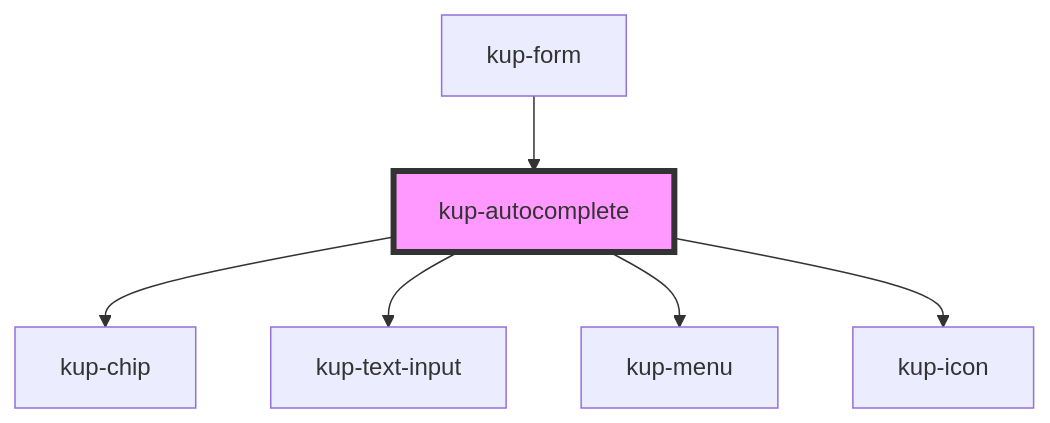
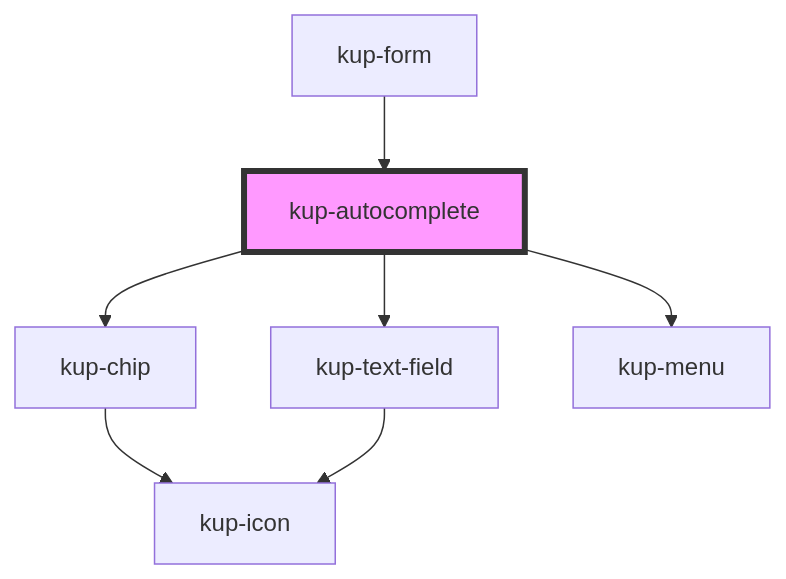
One commit to smeup/ketchup changed the diagram in packages/ketchup/src/components/kup-autocomplete/readme.md. Above: the diagram before and after it, drawn with Mermaid. The commit also changed other lines of this file and 60 other files, not shown here.

Commit message:
wup icon > kup icon. Fixes to showcase. Regen of readme files.

````diff
--- a/packages/ketchup/src/components/kup-autocomplete/readme.md
+++ b/packages/ketchup/src/components/kup-autocomplete/readme.md
@@ -66,9 +65,10 @@
 ```mermaid
 graph TD;
   kup-autocomplete --> kup-chip
-  kup-autocomplete --> kup-text-input
+  kup-autocomplete --> kup-text-field
   kup-autocomplete --> kup-menu
-  kup-autocomplete --> kup-icon
+  kup-chip --> kup-icon
+  kup-text-field --> kup-icon
   kup-form --> kup-autocomplete
   style kup-autocomplete fill:#f9f,stroke:#333,stroke-width:4px
 ```
````
